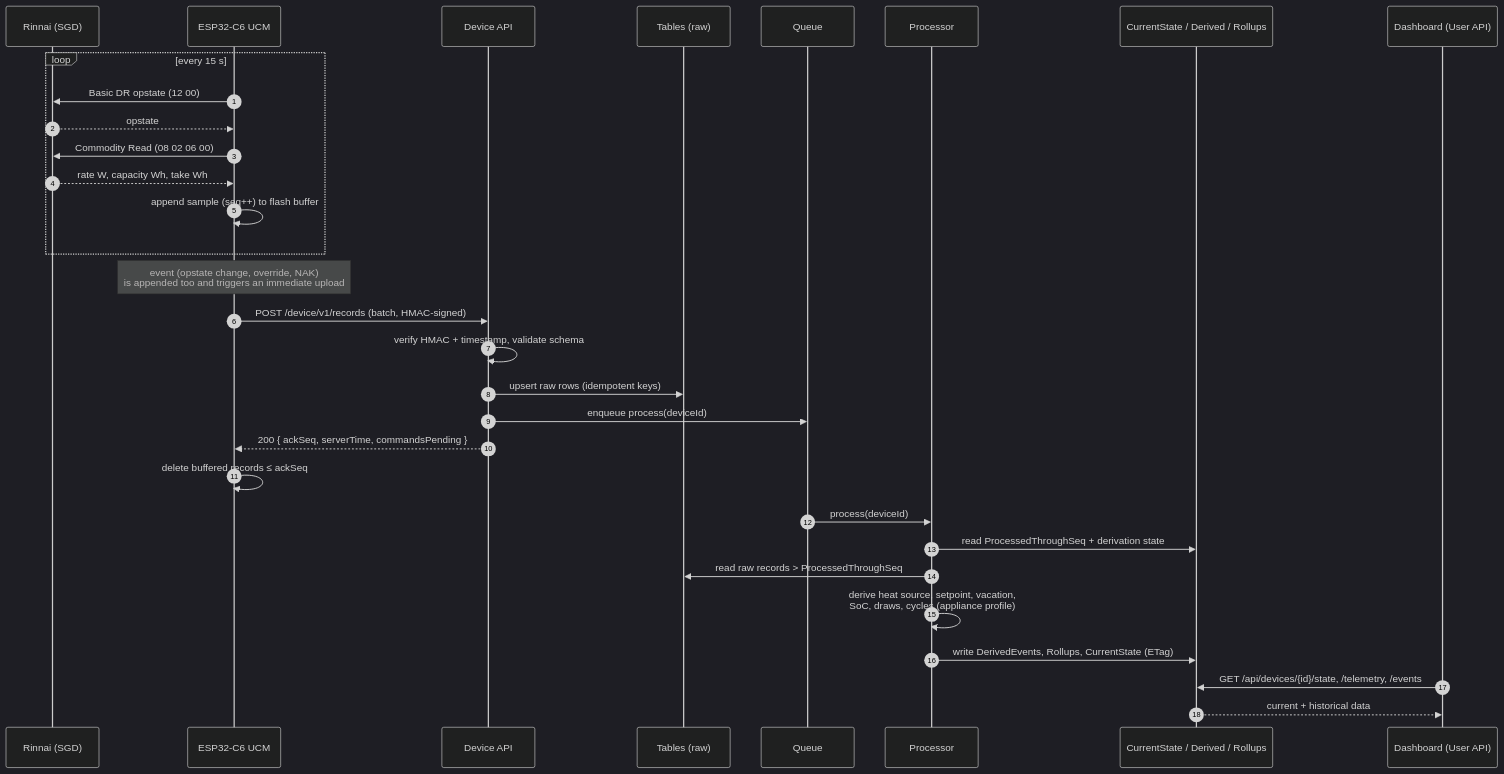
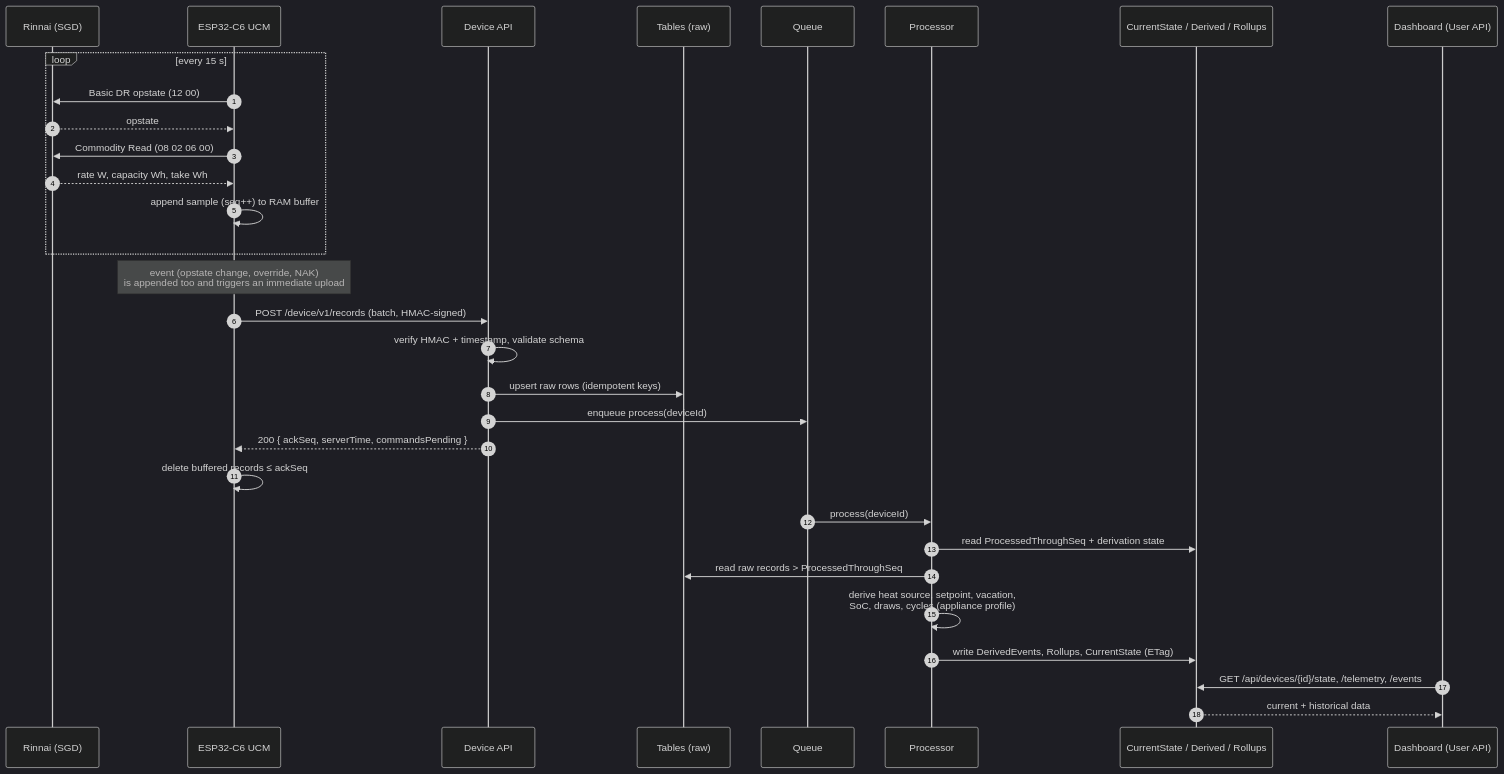
The second of 5 diagrams in docs/architecture.md (jrowe88/ecoport-bridge), drawn with Mermaid (dark theme) before and after one commit. The commit also changed other lines of this file and 33 other files, not shown here.

First line of the commit message:
Switch firmware to Rust on ESP-IDF; update architecture plan

````diff
--- a/docs/architecture.md
+++ b/docs/architecture.md
@@ -172,37 +183,37 @@
 ```mermaid
 sequenceDiagram
     autonumber
     participant WH as Rinnai (SGD)
     participant U as ESP32-C6 UCM
     participant D as Device API
     participant T as Tables (raw)
     participant Q as Queue
     participant P as Processor
     participant S as CurrentState / Derived / Rollups
     participant W as Dashboard (User API)
 
     loop every 15 s
         U->>WH: Basic DR opstate (12 00)
         WH-->>U: opstate
         U->>WH: Commodity Read (08 02 06 00)
         WH-->>U: rate W, capacity Wh, take Wh
-        U->>U: append sample (seq++) to flash buffer
+        U->>U: append sample (seq++) to RAM buffer
     end
     Note over U: event (opstate change, override, NAK)<br/>is appended too and triggers an immediate upload
 
     U->>D: POST /device/v1/records (batch, HMAC-signed)
     D->>D: verify HMAC + timestamp, validate schema
     D->>T: upsert raw rows (idempotent keys)
     D->>Q: enqueue process(deviceId)
     D-->>U: 200 { ackSeq, serverTime, commandsPending }
     U->>U: delete buffered records ≤ ackSeq
 
     Q->>P: process(deviceId)
     P->>S: read ProcessedThroughSeq + derivation state
     P->>T: read raw records > ProcessedThroughSeq
     P->>P: derive heat source, setpoint, vacation,<br/>SoC, draws, cycles (appliance profile)
     P->>S: write DerivedEvents, Rollups, CurrentState (ETag)
 
     W->>S: GET /api/devices/{id}/state, /telemetry, /events
     S-->>W: current + historical data
 ```
````
